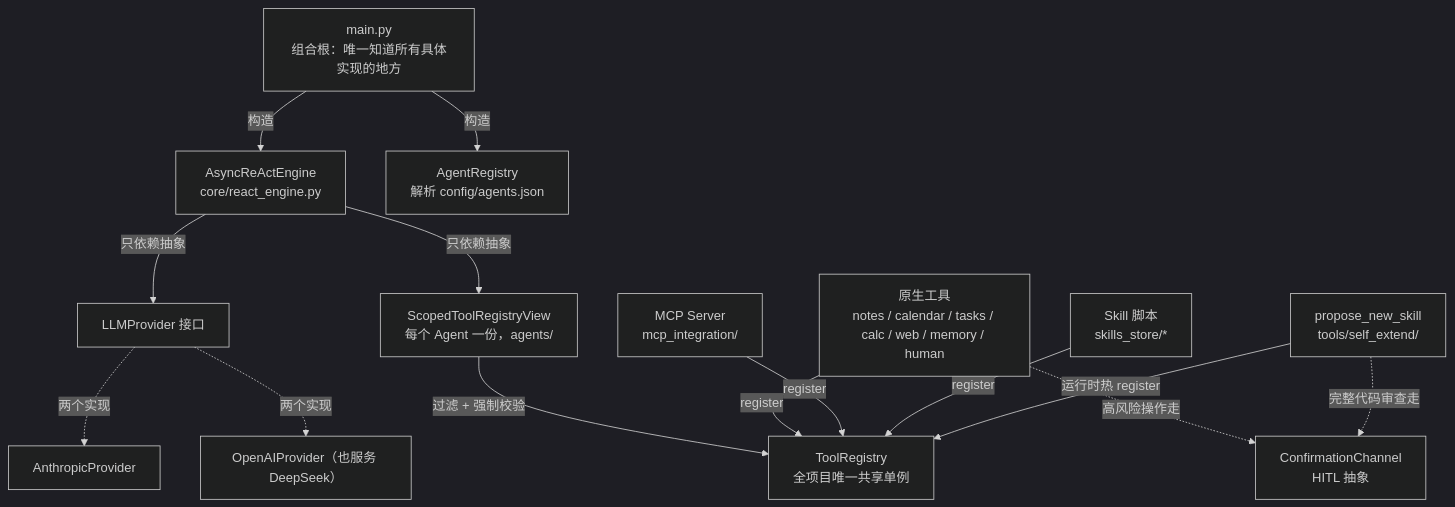
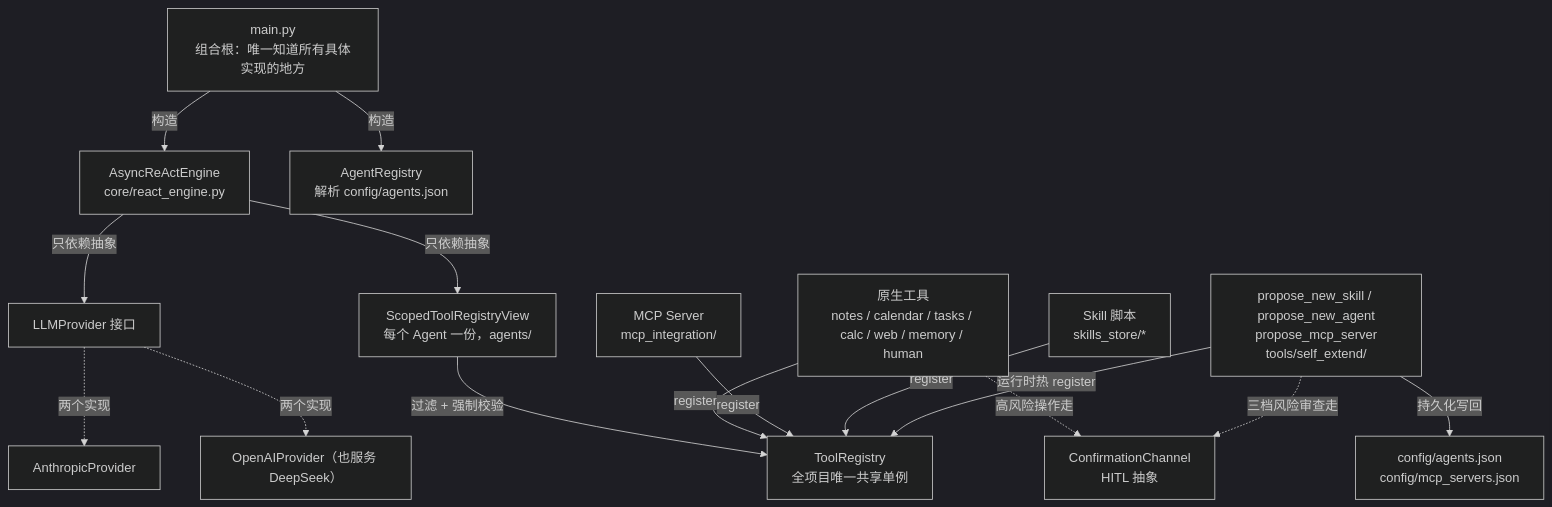
Before and after one commit to jiandanchaofan/AuraAgent: the first of 2 diagrams in README.md, drawn with Mermaid (dark theme). The commit also changed other lines of this file, not shown here.

First line of the commit message:
Update README for Epic H (propose_new_agent, propose_mcp_server, persistence fix)

````diff
--- a/README.md
+++ b/README.md
@@ -87,22 +97,23 @@
 ```mermaid
 graph TD
     Main["main.py<br/>组合根：唯一知道所有具体实现的地方"]
 
     Main -->|构造| Engine["AsyncReActEngine<br/>core/react_engine.py"]
     Main -->|构造| AgentReg["AgentRegistry<br/>解析 config/agents.json"]
 
     Engine -->|只依赖抽象| LLMProvider["LLMProvider 接口"]
     LLMProvider -.两个实现.-> Anthropic["AnthropicProvider"]
     LLMProvider -.两个实现.-> OpenAI["OpenAIProvider（也服务 DeepSeek）"]
 
     Engine -->|只依赖抽象| ToolView["ScopedToolRegistryView<br/>每个 Agent 一份，agents/"]
     ToolView -->|过滤 + 强制校验| Registry["ToolRegistry<br/>全项目唯一共享单例"]
 
     Native["原生工具<br/>notes / calendar / tasks / calc / web / memory / human"] -->|register| Registry
     MCPSrc["MCP Server<br/>mcp_integration/"] -->|register| Registry
     SkillSrc["Skill 脚本<br/>skills_store/*"] -->|register| Registry
-    SelfExtend["propose_new_skill<br/>tools/self_extend/"] -->|运行时热 register| Registry
+    SelfExtend["propose_new_skill / propose_new_agent<br/>propose_mcp_server<br/>tools/self_extend/"] -->|运行时热 register| Registry
+    SelfExtend -->|持久化写回| ConfigFiles["config/agents.json<br/>config/mcp_servers.json"]
 
     Native -.高风险操作走.-> Confirmation["ConfirmationChannel<br/>HITL 抽象"]
-    SelfExtend -.完整代码审查走.-> Confirmation
+    SelfExtend -.三档风险审查走.-> Confirmation
 ```
````
